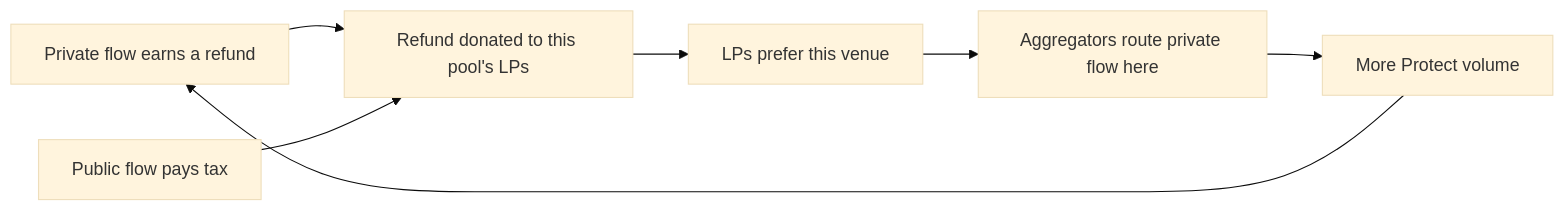
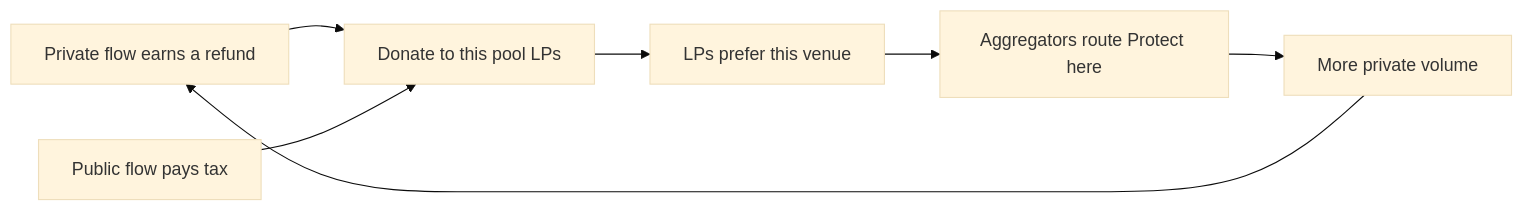
The third of 3 diagrams in README.md (Najnomics/surplus-sink), drawn with Mermaid (base theme) before and after one commit. The commit also changed other lines of this file, not shown here.

Commit message:
Expand the README with idea, flow, deployments, integrations, and the business case.

````diff
--- a/README.md
+++ b/README.md
@@ -148,9 +156,9 @@
 ```mermaid
 flowchart LR
-    A[Private flow earns a refund] --> B[Refund donated to this pool's LPs]
-    B --> C[LPs prefer this venue]
-    C --> D[Aggregators route private flow here]
-    D --> E[More Protect volume]
-    E --> A
-    F[Public flow pays tax] --> B
+    P[Private flow earns a refund] --> D[Donate to this pool LPs]
+    Pub[Public flow pays tax] --> D
+    D --> LP[LPs prefer this venue]
+    LP --> Agg[Aggregators route Protect here]
+    Agg --> Vol[More private volume]
+    Vol --> P
 ```
````
